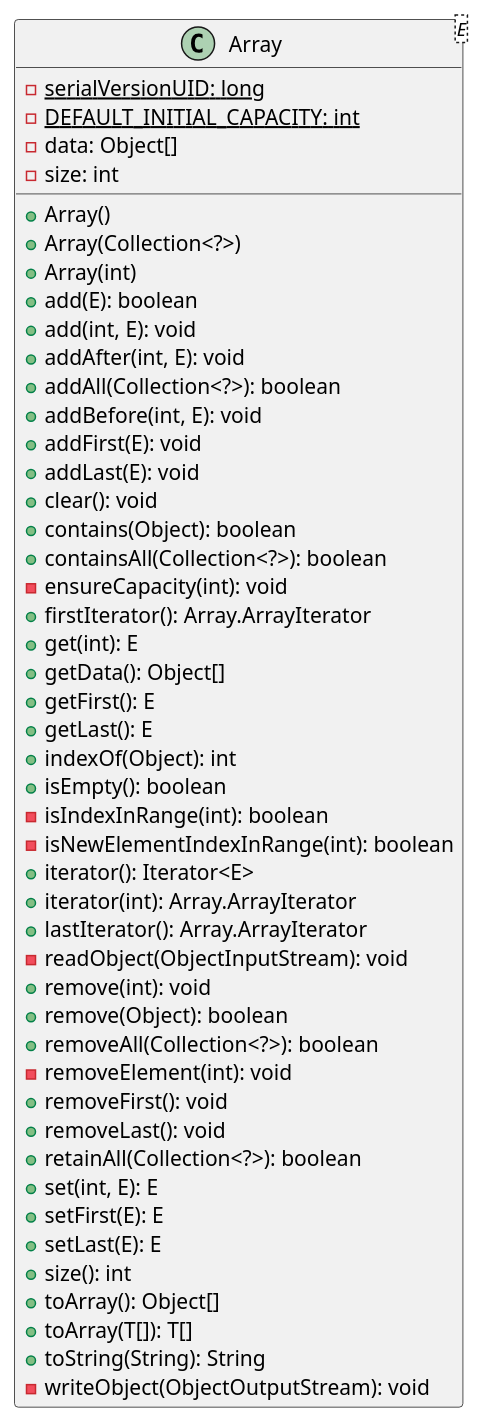
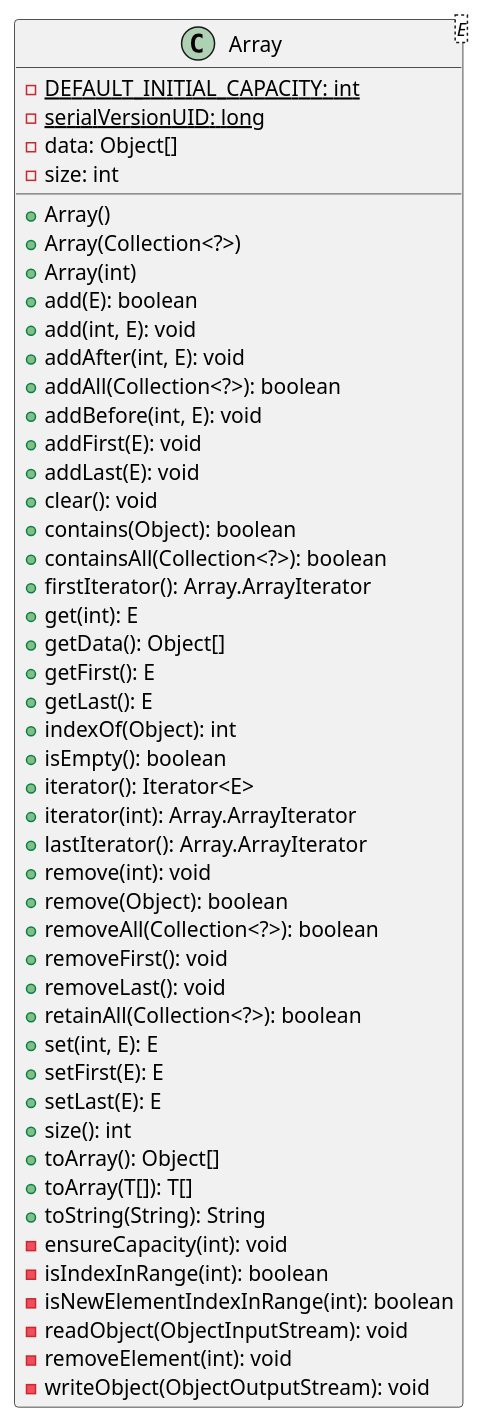
Before and after one commit to P-Kalin/kit26a: the diagram in malokhvii-eduard/malokhvii05/doc/plantuml/ua/khpi/oop/malokhvii05/util/Array.puml, drawn with PlantUML. The commit also changed other lines of this file and 77 other files, not shown here.

Commit message:
#2 malokhvii05: update graphs

```diff
--- a/malokhvii-eduard/malokhvii05/doc/plantuml/ua/khpi/oop/malokhvii05/util/Array.puml
+++ b/malokhvii-eduard/malokhvii05/doc/plantuml/ua/khpi/oop/malokhvii05/util/Array.puml
@@ -1,52 +1,52 @@
 @startuml
 
     class Array<E> {
+        {static} -DEFAULT_INITIAL_CAPACITY: int
         {static} -serialVersionUID: long
-        {static} -DEFAULT_INITIAL_CAPACITY: int
         -data: Object[]
         -size: int
         +Array()
         +Array(Collection<?>)
         +Array(int)
         +add(E): boolean
         +add(int, E): void
         +addAfter(int, E): void
         +addAll(Collection<?>): boolean
         +addBefore(int, E): void
         +addFirst(E): void
         +addLast(E): void
         +clear(): void
         +contains(Object): boolean
         +containsAll(Collection<?>): boolean
-        -ensureCapacity(int): void
         +firstIterator(): Array.ArrayIterator
         +get(int): E
         +getData(): Object[]
         +getFirst(): E
         +getLast(): E
         +indexOf(Object): int
         +isEmpty(): boolean
-        -isIndexInRange(int): boolean
-        -isNewElementIndexInRange(int): boolean
         +iterator(): Iterator<E>
         +iterator(int): Array.ArrayIterator
         +lastIterator(): Array.ArrayIterator
-        -readObject(ObjectInputStream): void
         +remove(int): void
         +remove(Object): boolean
         +removeAll(Collection<?>): boolean
-        -removeElement(int): void
         +removeFirst(): void
         +removeLast(): void
         +retainAll(Collection<?>): boolean
         +set(int, E): E
         +setFirst(E): E
         +setLast(E): E
         +size(): int
         +toArray(): Object[]
         +toArray(T[]): T[]
         +toString(String): String
+        -ensureCapacity(int): void
+        -isIndexInRange(int): boolean
+        -isNewElementIndexInRange(int): boolean
+        -readObject(ObjectInputStream): void
+        -removeElement(int): void
         -writeObject(ObjectOutputStream): void
     }
 
 @enduml
```
